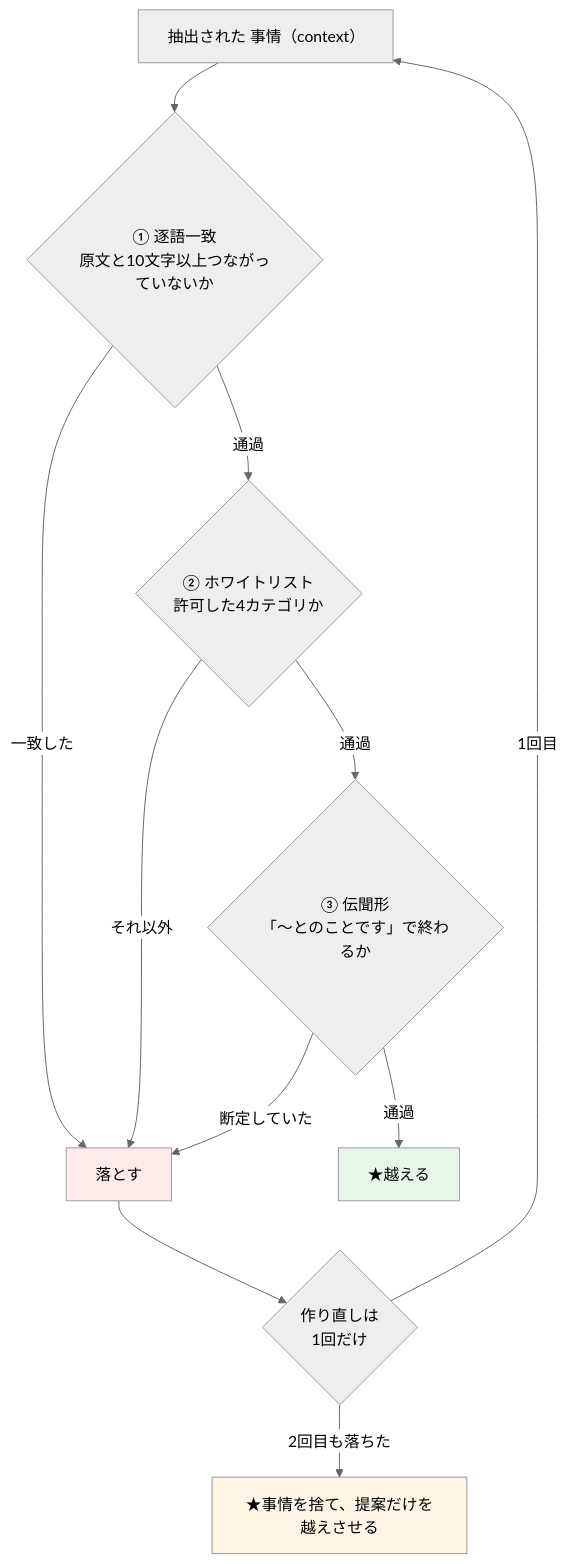
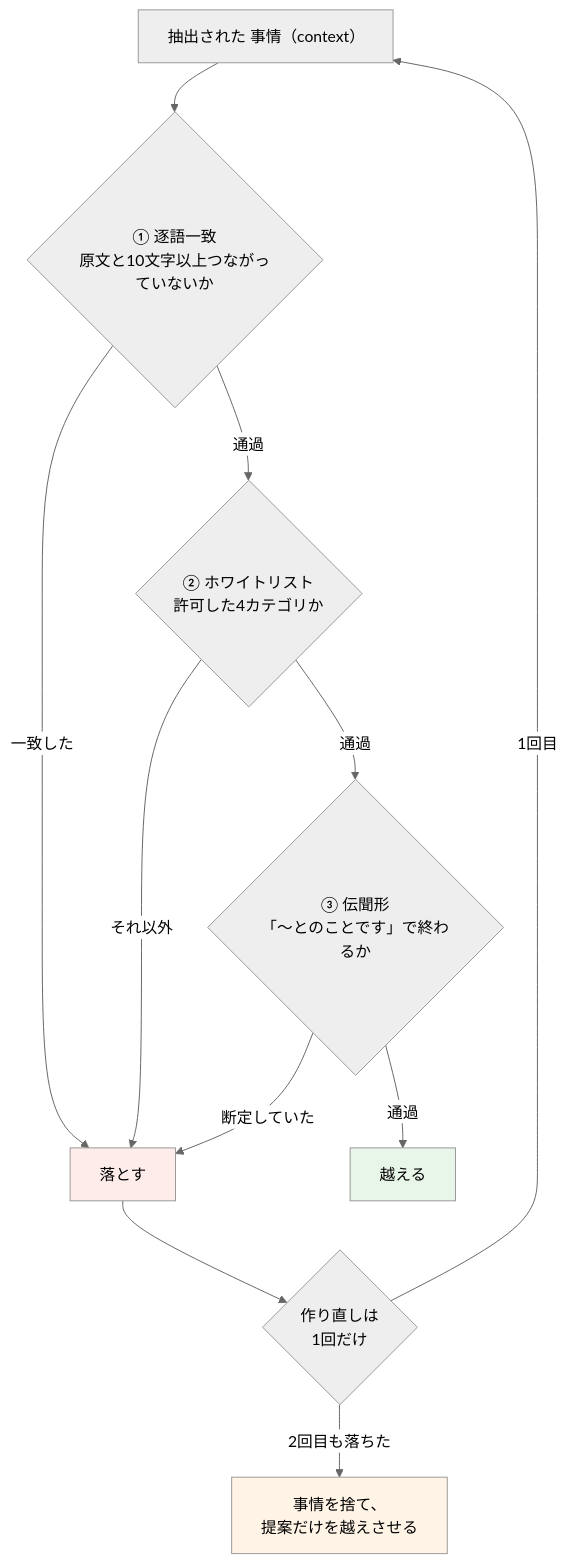
The sixth of 8 diagrams in .steering/20260813-blog/draft_main.md (sugimomoto/AIHack), drawn with Mermaid (neutral theme) before and after one commit. The commit also changed other lines of this file, not shown here.

````diff
--- a/.steering/20260813-blog/draft_main.md
+++ b/.steering/20260813-blog/draft_main.md
@@ -521,18 +521,18 @@
 ```mermaid
 flowchart TD
     IN["抽出された 事情（context）"] --> V1{"① 逐語一致<br/>原文と10文字以上つながっていないか"}
     V1 -->|一致した| NG["落とす"]
     V1 -->|通過| V2{"② ホワイトリスト<br/>許可した4カテゴリか"}
     V2 -->|それ以外| NG
     V2 -->|通過| V3{"③ 伝聞形<br/>「〜とのことです」で終わるか"}
     V3 -->|断定していた| NG
-    V3 -->|通過| OK["★越える"]
+    V3 -->|通過| OK["越える"]
 
     NG --> R{"作り直しは<br/>1回だけ"}
     R -->|1回目| IN
-    R -->|2回目も落ちた| MIN["★事情を捨て、提案だけを越えさせる"]
+    R -->|2回目も落ちた| MIN["事情を捨て、<br/>提案だけを越えさせる"]
 
     style OK fill:#e8f5e9
     style MIN fill:#fff4e6
     style NG fill:#fdecea
 ```
````
